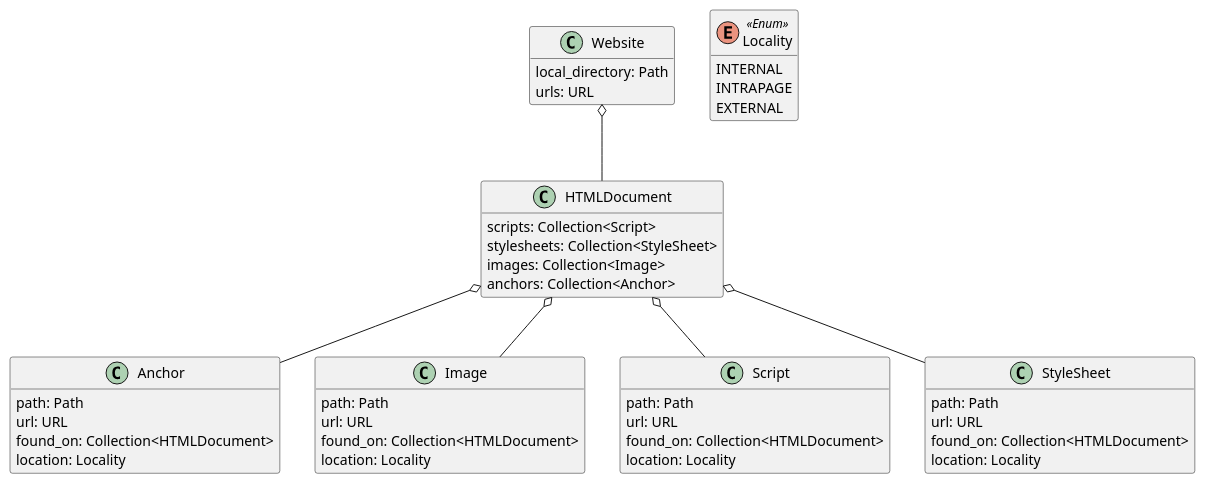
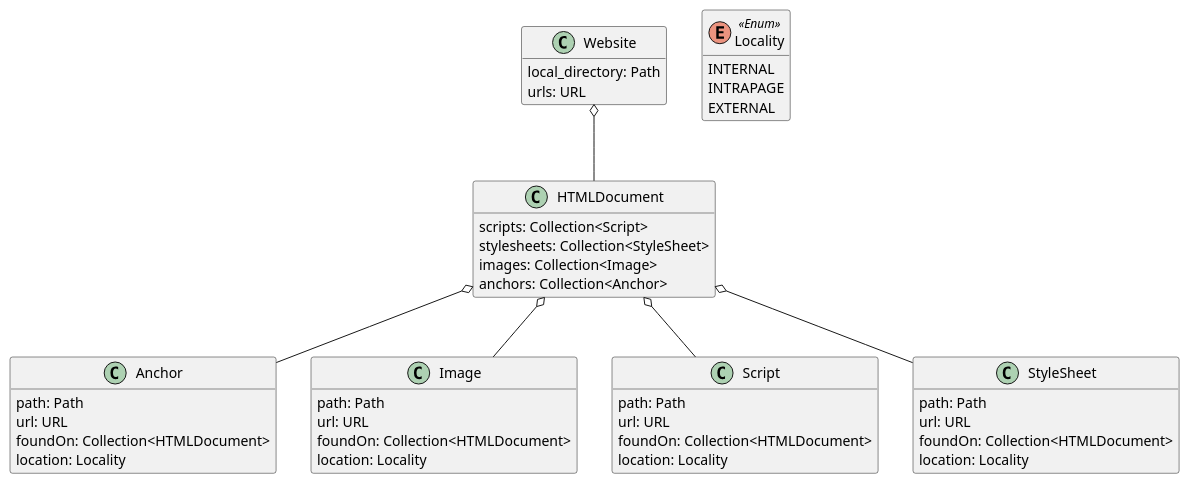
Before and after one commit to cstkennedy/Phase-3-Brainstorming-Web-Analysis: the third of 7 diagrams in README.md, drawn with PlantUML. The commit also changed other lines of this file and 6 other files, not shown here.

````diff
--- a/README.md
+++ b/README.md
@@ -168,58 +168,58 @@
 ```plantuml
 @startuml domain_03.svg
 hide empty members
 
 class Website {
     local_directory: Path
     urls: URL
 }
 
 class HTMLDocument {
     scripts: Collection<Script>
     stylesheets: Collection<StyleSheet>
     images: Collection<Image>
     anchors: Collection<Anchor>
 }
 
 class Anchor {
     path: Path
     url: URL
-    found_on: Collection<HTMLDocument>
+    foundOn: Collection<HTMLDocument>
     location: Locality
 }
 
 class Image {
     path: Path
     url: URL
-    found_on: Collection<HTMLDocument>
+    foundOn: Collection<HTMLDocument>
     location: Locality
 }
 
 class Script {
     path: Path
     url: URL
-    found_on: Collection<HTMLDocument>
+    foundOn: Collection<HTMLDocument>
     location: Locality
 }
 
 class StyleSheet {
     path: Path
     url: URL
-    found_on: Collection<HTMLDocument>
+    foundOn: Collection<HTMLDocument>
     location: Locality
 }
 
 enum Locality <<Enum>> {
     INTERNAL
     INTRAPAGE
     EXTERNAL
 }
 
 Website o-- HTMLDocument
 HTMLDocument o-- Image
 HTMLDocument o-- Script
 HTMLDocument o-- StyleSheet
 HTMLDocument o-- Anchor
 
 @enduml
 ```
````
